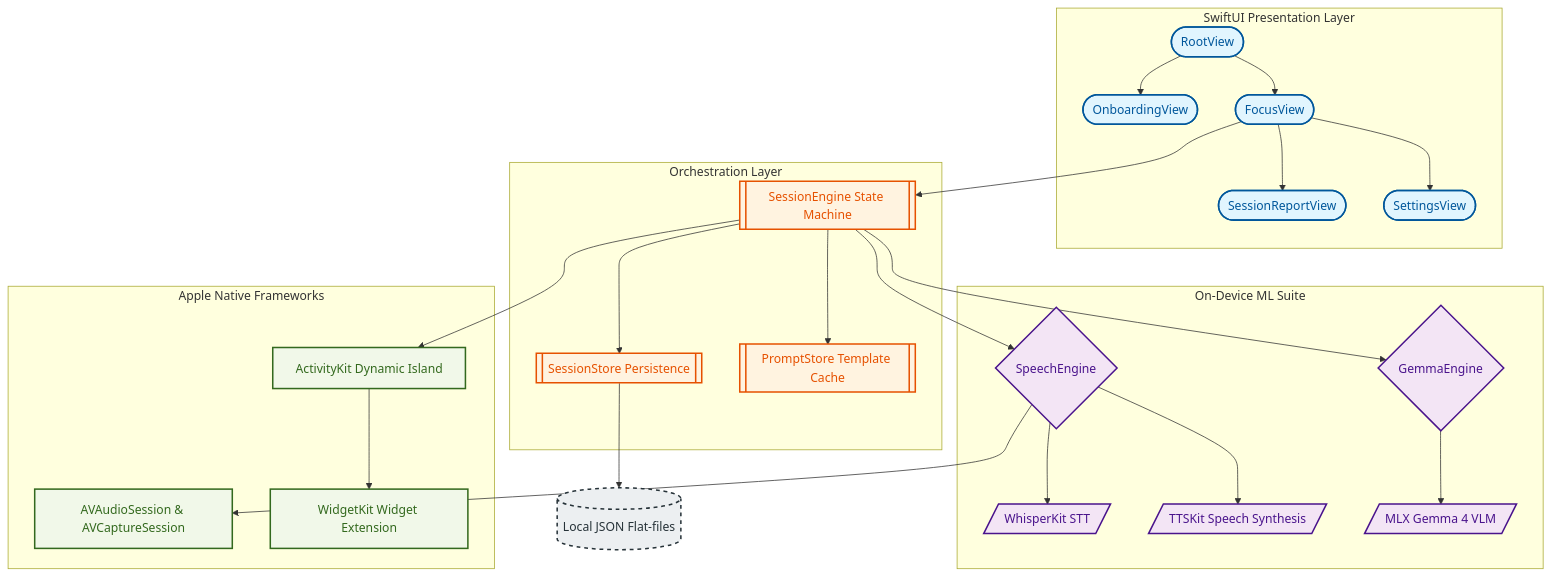
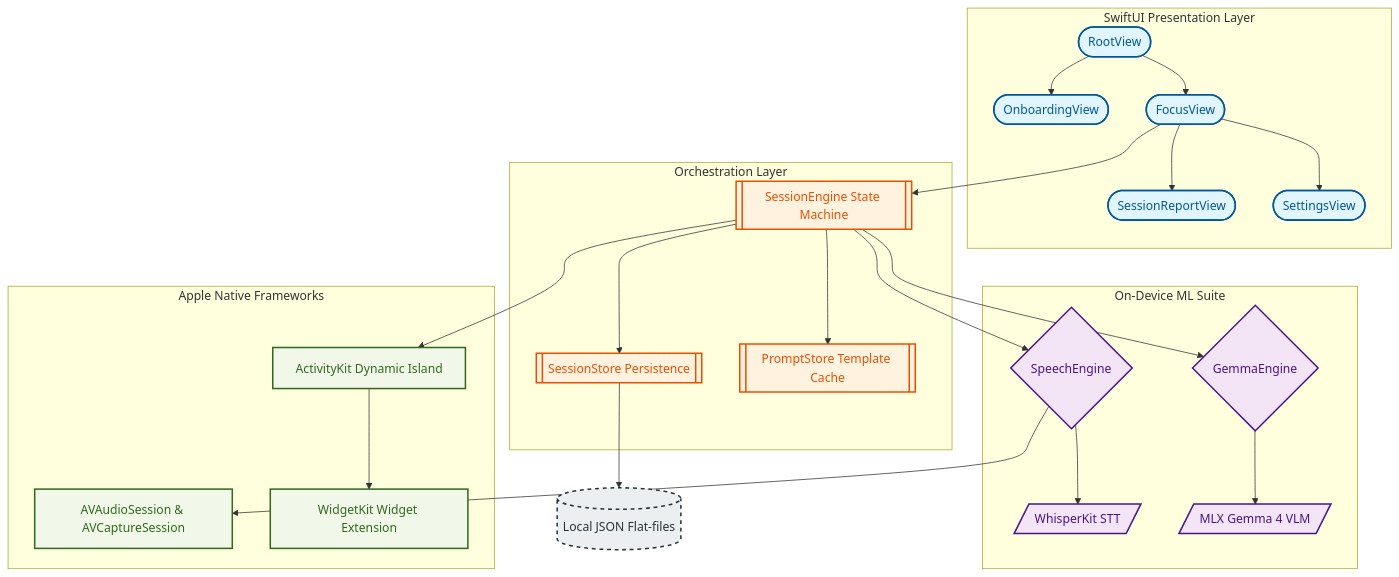
Before and after one commit to egiahq/dexar-ios: the first of 2 diagrams in README.md, drawn with Mermaid. The commit also changed other lines of this file, not shown here.

Commit message:
docs: remove all TTS/TTSKit references and restore missing sections

````diff
--- a/README.md
+++ b/README.md
@@ -34,65 +34,63 @@
 ```mermaid
 flowchart TD
     %% Styling
     classDef ui fill:#e1f5fe,stroke:#01579b,stroke-width:2px,color:#01579b
     classDef core fill:#fff3e0,stroke:#e65100,stroke-width:2px,color:#e65100
     classDef inference fill:#f3e5f5,stroke:#4a148c,stroke-width:2px,color:#4a148c
     classDef os fill:#f1f8e9,stroke:#33691e,stroke-width:2px,color:#33691e
     classDef storage fill:#eceff1,stroke:#263238,stroke-width:2px,color:#263238,stroke-dasharray: 5 5
 
     %% Main Application Layer %%
     subgraph UI [SwiftUI Presentation Layer]
         RootView([RootView]):::ui
         OnboardingView([OnboardingView]):::ui
         FocusView([FocusView]):::ui
         SessionReportView([SessionReportView]):::ui
         SettingsView([SettingsView]):::ui
     end
 
     %% State Orchestration %%
     subgraph Core [Orchestration Layer]
         SessionEngine[[SessionEngine State Machine]]:::core
         SessionStore[[SessionStore Persistence]]:::core
         PromptStore[[PromptStore Template Cache]]:::core
     end
 
     %% Intelligence Layer %%
     subgraph Inference [On-Device ML Suite]
         SpeechEngine{SpeechEngine}:::inference
         GemmaEngine{GemmaEngine}:::inference
         
         WhisperKit[/WhisperKit STT/]:::inference
-        TTSKit[/TTSKit Speech Synthesis/]:::inference
         MLXGemma[/MLX Gemma 4 VLM/]:::inference
     end
 
     %% OS and Hardware integrations %%
     subgraph Apple_OS [Apple Native Frameworks]
         AVFoundation[AVAudioSession & AVCaptureSession]:::os
         ActivityKit[ActivityKit Dynamic Island]:::os
         WidgetKit[WidgetKit Widget Extension]:::os
     end
 
     %% Core relationships %%
     RootView --> OnboardingView
     RootView --> FocusView
     FocusView --> SessionReportView
     FocusView --> SettingsView
     FocusView --> SessionEngine
     
     SessionEngine --> SessionStore
     SessionEngine --> PromptStore
     SessionEngine --> SpeechEngine
     SessionEngine --> GemmaEngine
     
     %% Engine to SDK relationships %%
     SpeechEngine --> WhisperKit
-    SpeechEngine --> TTSKit
     SpeechEngine --> AVFoundation
     GemmaEngine --> MLXGemma
     
     %% Storage & Widgets %%
     SessionStore --> FileSystem[(Local JSON Flat-files)]:::storage
     SessionEngine --> ActivityKit
     ActivityKit --> WidgetKit
 ```
````
